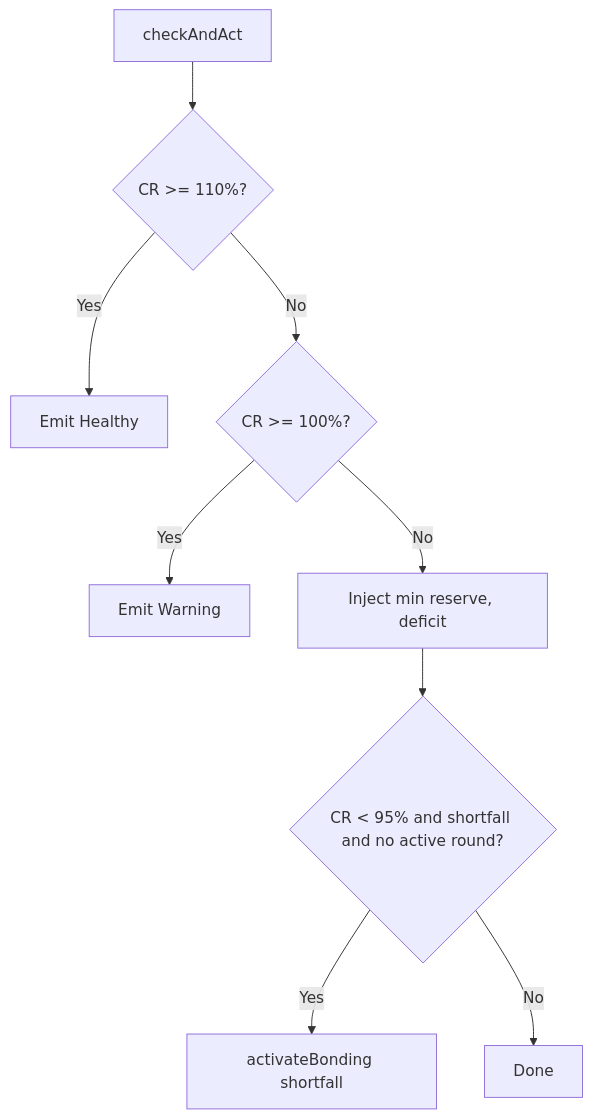
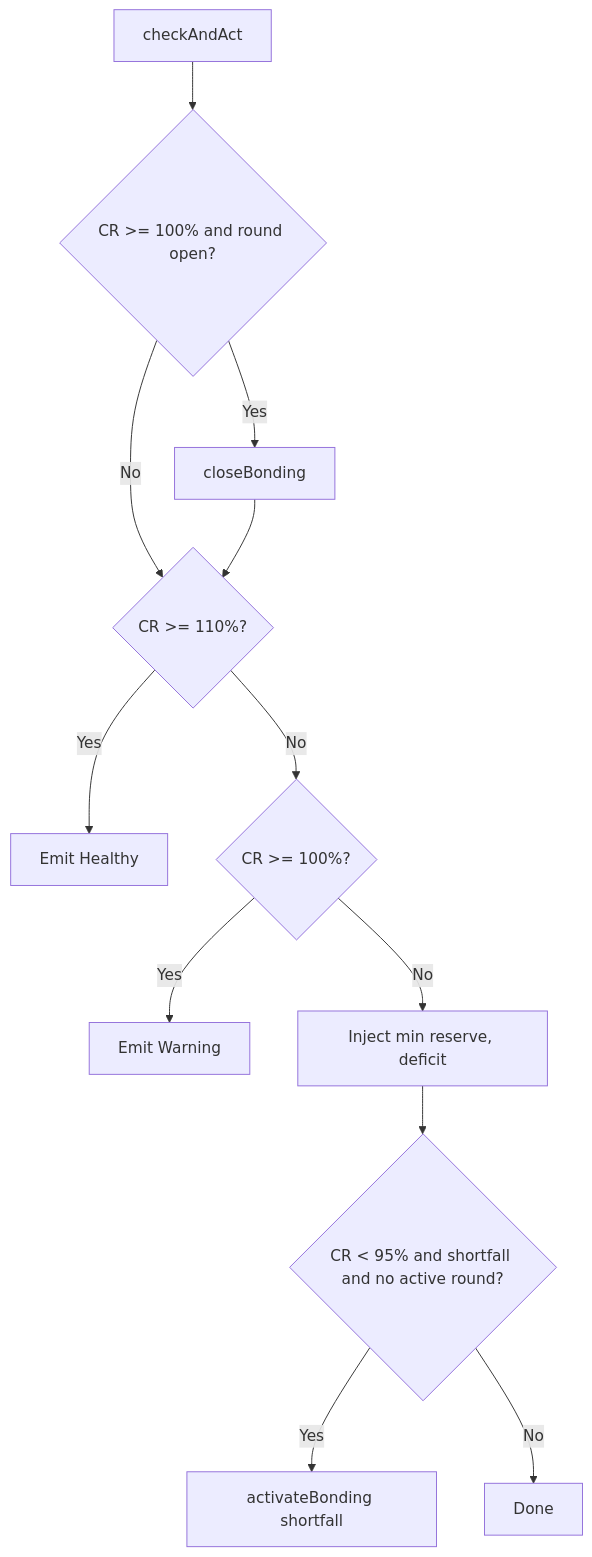
The fourth of 4 diagrams in docs/07-vault-ssl.md (GushALKDev/evm-synthetic-trading-protocol), drawn with Mermaid before and after one commit. The commit also changed other lines of this file and 6 other files, not shown here.

````diff
--- a/docs/07-vault-ssl.md
+++ b/docs/07-vault-ssl.md
@@ -239,11 +255,14 @@
 ```mermaid
 flowchart TD
-    A[checkAndAct] --> B{CR >= 110%?}
+    A[checkAndAct] --> Z{CR >= 100% and round open?}
+    Z -->|Yes| Y[closeBonding]
+    Z -->|No| B
+    Y --> B{CR >= 110%?}
     B -->|Yes| H[Emit Healthy]
     B -->|No| C{CR >= 100%?}
     C -->|Yes| W[Emit Warning]
     C -->|No| D[Inject min reserve, deficit]
     D --> E{CR < 95% and shortfall and no active round?}
     E -->|Yes| F[activateBonding shortfall]
     E -->|No| G[Done]
 ```
````
